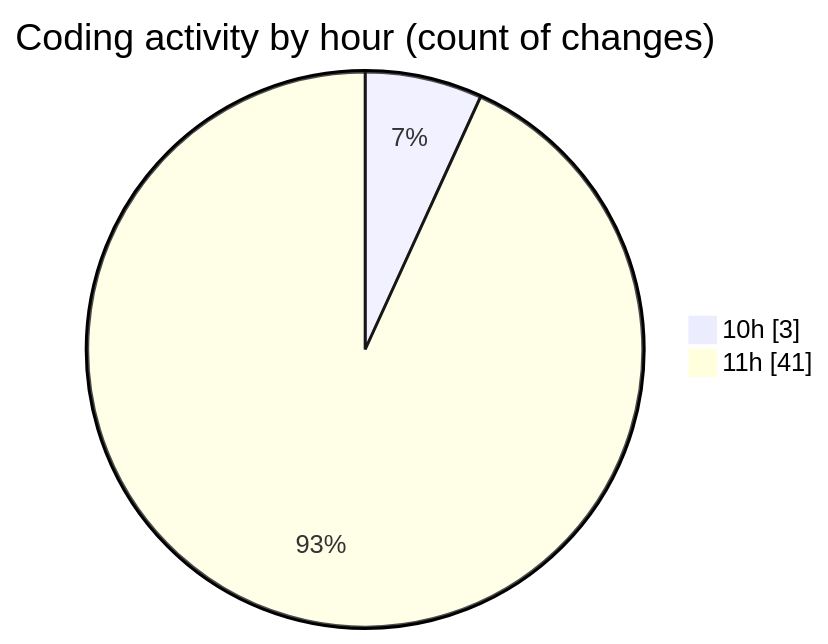
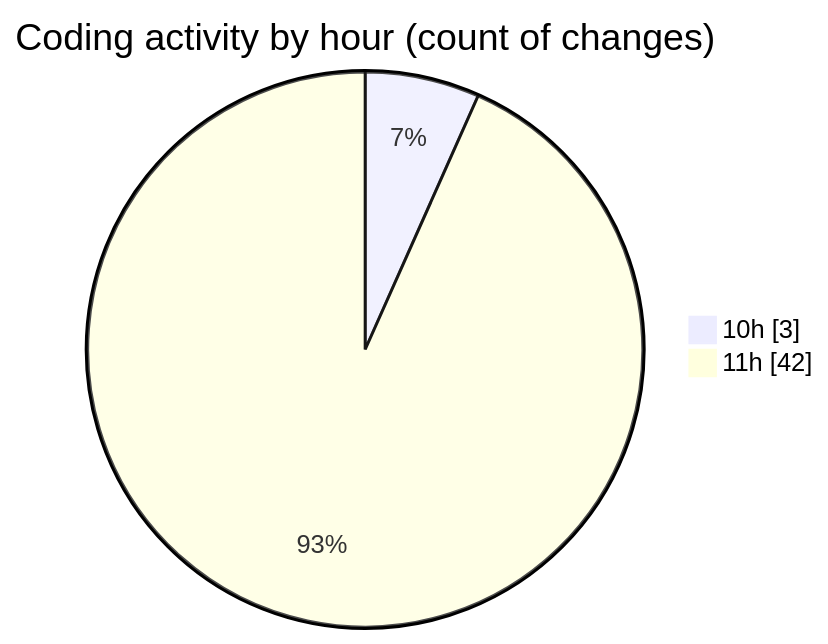
Before and after one commit to nxtqubesakshisongat/code-tracking: the second of 2 diagrams in 2025-07-11/argos/README.md, drawn with Mermaid. The commit also changed other lines of this file and 1 other file, not shown here.

````diff
--- a/2025-07-11/argos/README.md
+++ b/2025-07-11/argos/README.md
@@ -30,6 +30,6 @@
 ```mermaid
 pie showData
 title Coding activity by hour (count of changes)
 "10h" : 3
-"11h" : 41
+"11h" : 42
 ```
````
